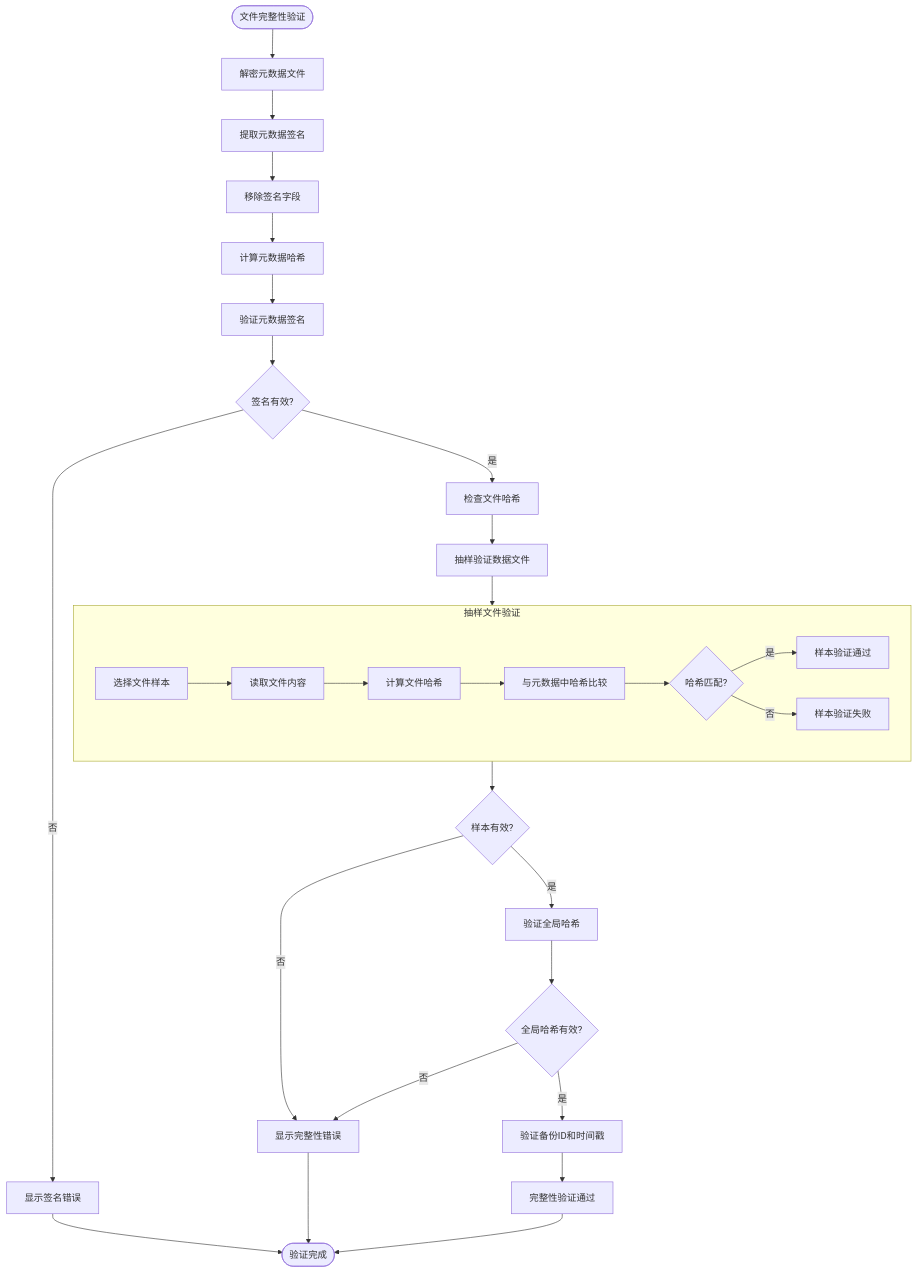
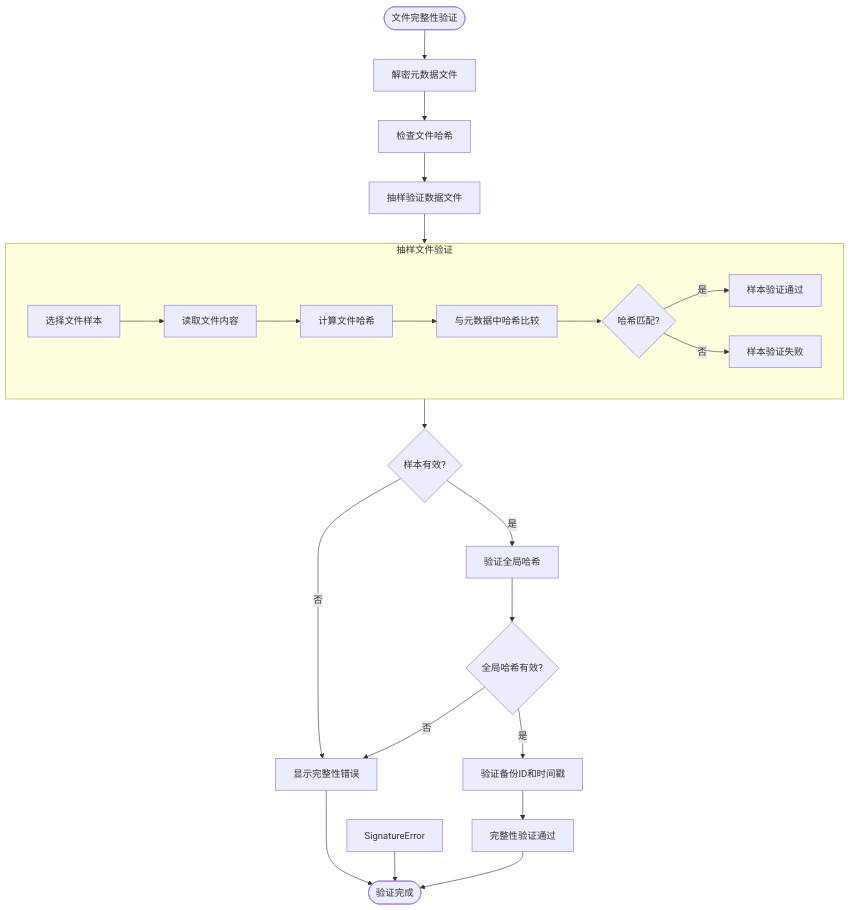
One commit to yingjianzh/iodraw-files changed the diagram in all/未命名-53.md. Above: the diagram before and after it, drawn with Mermaid.

Commit message:
2025-05-09 16:48:26 update

````diff
--- a/all/未命名-53.md
+++ b/all/未命名-53.md
@@ -1,40 +1,32 @@
 ```mermaid
 flowchart TD
     Start([文件完整性验证]) --> DecryptMetadata[解密元数据文件]
-    DecryptMetadata --> ExtractSignature[提取元数据签名]
-    ExtractSignature --> RemoveSignatureField[移除签名字段]
-    RemoveSignatureField --> ComputeMetadataHash[计算元数据哈希]
-    
-    ComputeMetadataHash --> ValidateMetadataSignature[验证元数据签名]
-    ValidateMetadataSignature --> MetadataSignatureValid{签名有效?}
-    
-    MetadataSignatureValid -->|否| SignatureError[显示签名错误]
-    MetadataSignatureValid -->|是| CheckFileHashes[检查文件哈希]
+    DecryptMetadata --> CheckFileHashes[检查文件哈希]
     
     CheckFileHashes --> SampleDataFiles[抽样验证数据文件]
     
     subgraph SampleValidation [抽样文件验证]
         SV1[选择文件样本] --> SV2[读取文件内容]
         SV2 --> SV3[计算文件哈希]
         SV3 --> SV4[与元数据中哈希比较]
         SV4 --> SV5{哈希匹配?}
         SV5 -->|是| SV6[样本验证通过]
         SV5 -->|否| SV7[样本验证失败]
     end
     
     SampleDataFiles --> SampleValidation
     
     SampleValidation --> SamplesValid{样本有效?}
     SamplesValid -->|否| IntegrityError[显示完整性错误]
     SamplesValid -->|是| CheckGlobalHash[验证全局哈希]
     
     CheckGlobalHash --> GlobalHashValid{全局哈希有效?}
     GlobalHashValid -->|否| IntegrityError
     GlobalHashValid -->|是| ValidateBackupID[验证备份ID和时间戳]
     
     ValidateBackupID --> ValidationComplete[完整性验证通过]
     ValidationComplete --> End([验证完成])
     
     SignatureError --> End
     IntegrityError --> End
 ```
````
